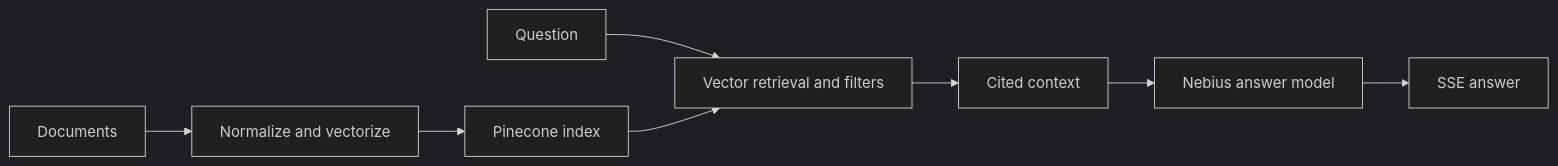
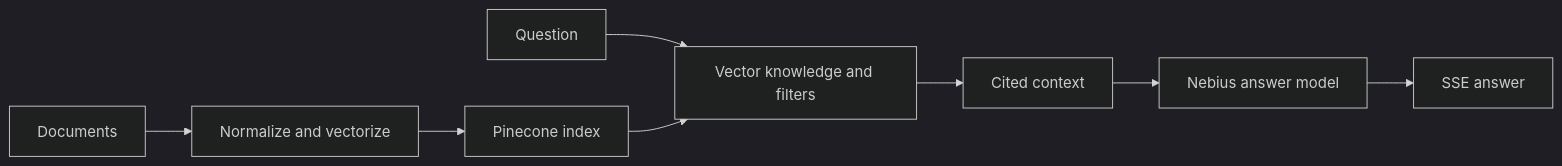
One commit to csauvage/nebius-cookbook changed the diagram in cookbooks/02-domain-knowledge-pinecone-nexus/README.md. Above: the diagram before and after it, drawn with Mermaid (dark theme). The commit also changed other lines of this file and 23 other files, not shown here.

Commit message:
chore(docs): rename pinecone retrieval to knowledge

````diff
--- a/cookbooks/02-domain-knowledge-pinecone-nexus/README.md
+++ b/cookbooks/02-domain-knowledge-pinecone-nexus/README.md
@@ -72,10 +72,10 @@
 ```mermaid
 flowchart LR
     A[Documents] --> B[Normalize and vectorize]
     B --> C[Pinecone index]
-    D[Question] --> E[Vector retrieval and filters]
+    D[Question] --> E[Vector knowledge and filters]
     C --> E
     E --> F[Cited context]
     F --> G[Nebius answer model]
     G --> H[SSE answer]
 ```
````
